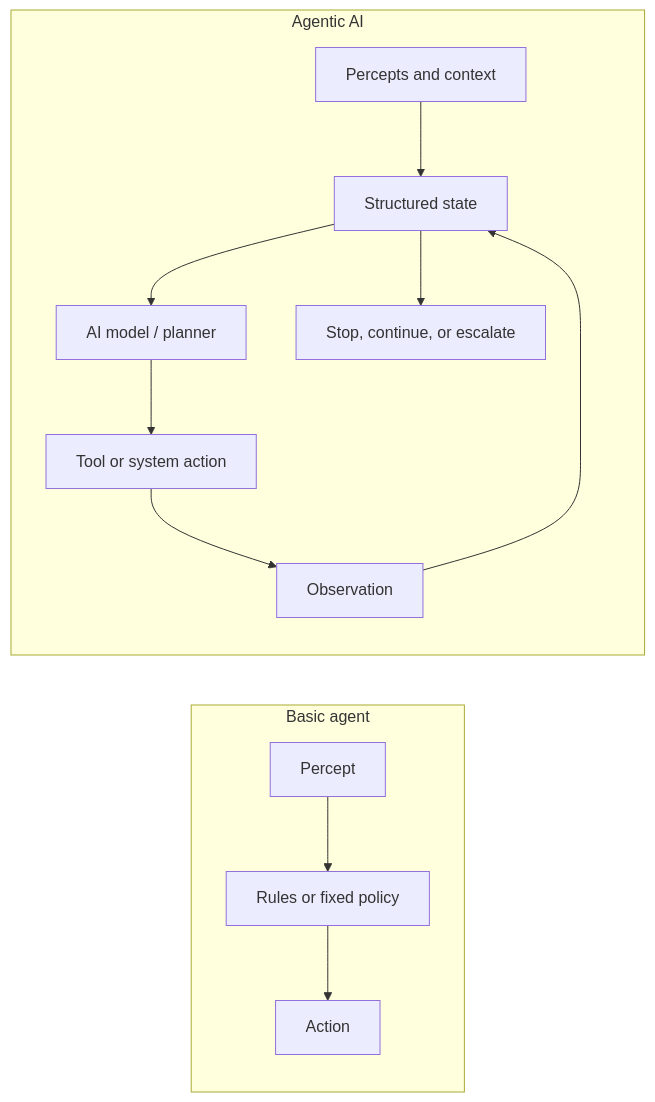
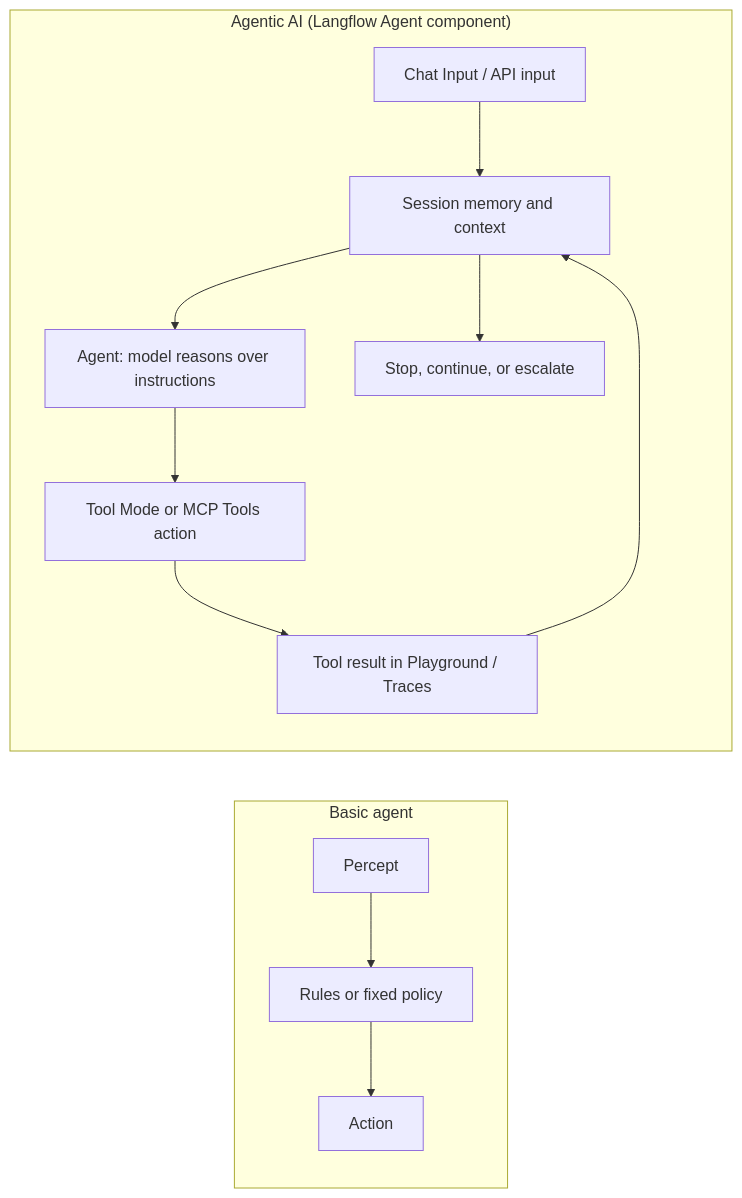
One commit to naren-allam/agents-beginners changed the first of 11 diagrams in book/chapters/chapter-02-from-agents-to-agentic-ai.md. Above: the diagram before and after it, drawn with Mermaid. The commit also changed other lines of this file and 28 other files, not shown here.

````diff
--- a/book/chapters/chapter-02-from-agents-to-agentic-ai.md
+++ b/book/chapters/chapter-02-from-agents-to-agentic-ai.md
@@ -11,16 +13,16 @@
 ```mermaid
 flowchart LR
     subgraph BasicAgent["Basic agent"]
         RulePercept["Percept"] --> RulePolicy["Rules or fixed policy"]
         RulePolicy --> RuleAction["Action"]
     end
 
-    subgraph AIAgent["Agentic AI"]
-        AIPercept["Percepts and context"] --> State["Structured state"]
-        State --> Model["AI model / planner"]
-        Model --> Tool["Tool or system action"]
-        Tool --> Observation["Observation"]
+    subgraph AIAgent["Agentic AI (Langflow Agent component)"]
+        AIPercept["Chat Input / API input"] --> State["Session memory and context"]
+        State --> Model["Agent: model reasons over instructions"]
+        Model --> Tool["Tool Mode or MCP Tools action"]
+        Tool --> Observation["Tool result in Playground / Traces"]
         Observation --> State
         State --> Stop["Stop, continue, or escalate"]
     end
 ```
````
